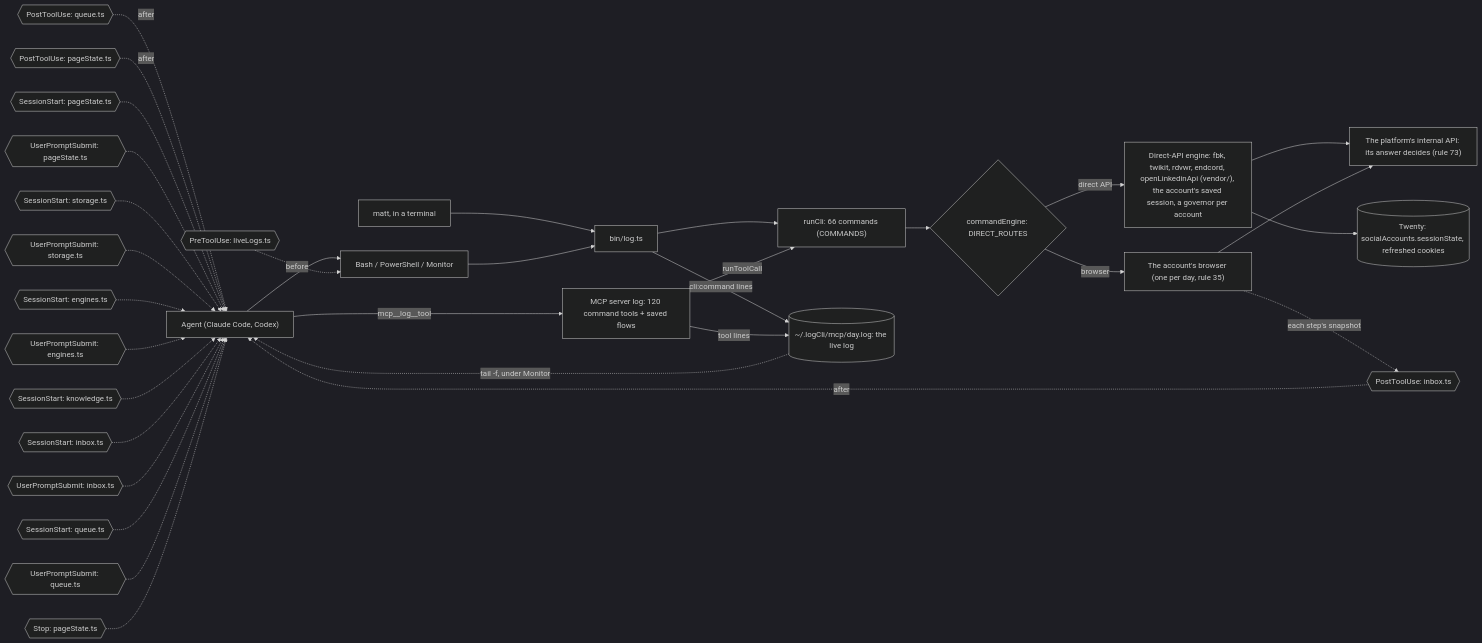
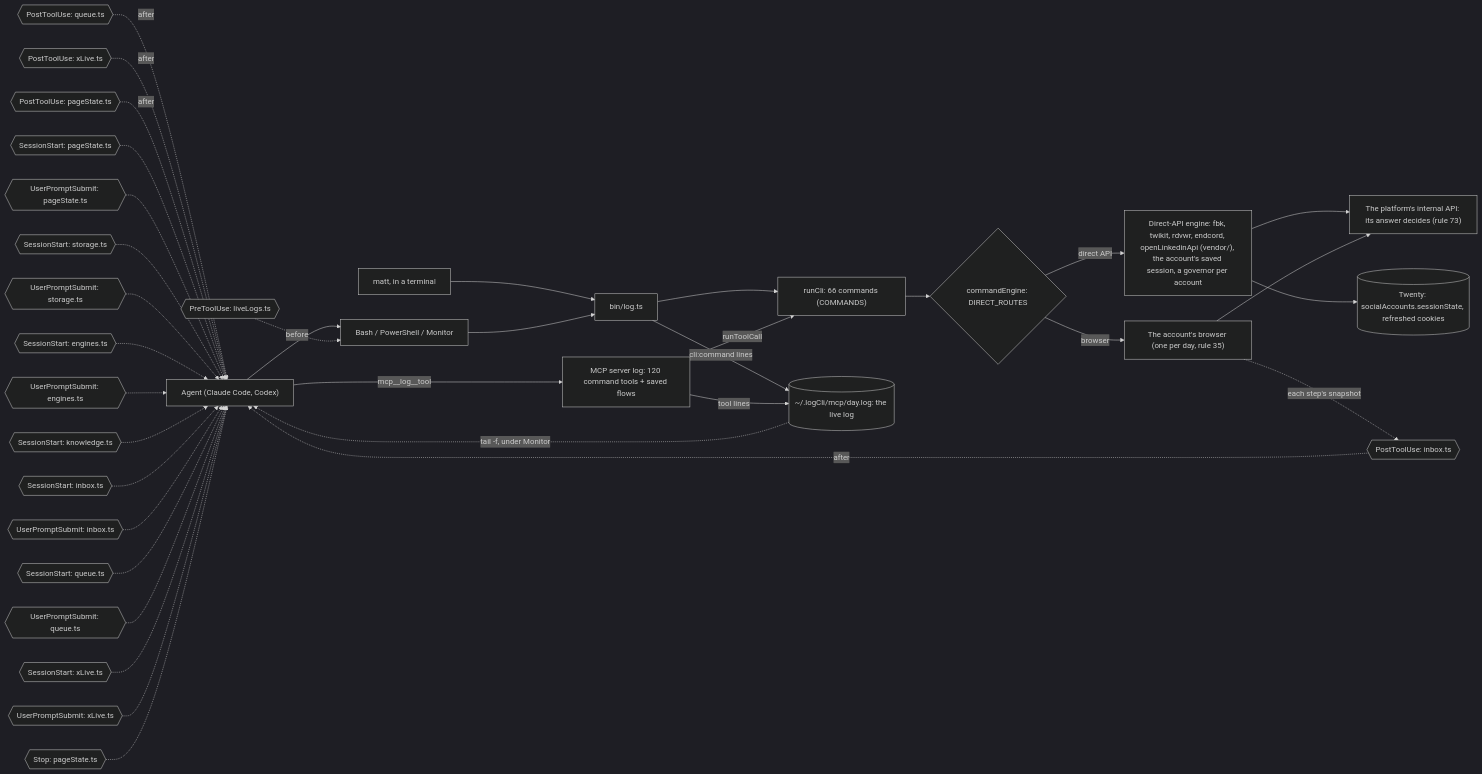
Before and after one commit to matthewdonsemail-lab/log: the diagram in docs/diagrams/surface.mmd, drawn with Mermaid (dark theme). The commit also changed 25 other files, not shown here.

First line of the commit message:
feat: X's live client state reaches each Claude session through a hook (rule 115)

```diff
--- a/docs/diagrams/surface.mmd
+++ b/docs/diagrams/surface.mmd
@@ -1,47 +1,50 @@
 %% How a call reaches log-cli. From a shell or over MCP, both run the same commands through `runCli`, write the same live log, and pass through the same hooks. `commandEngine` sends each command to the platform's direct API or to the account's browser.
 %% Written by `bun run docs:build` from the code (rule 56). Not edited by hand.
 flowchart LR
   agent["Agent (Claude Code, Codex)"]
   matt["matt, in a terminal"]
   shell["Bash / PowerShell / Monitor"]
   mcp["MCP server log: 120 command tools + saved flows"]
   bin["bin/log.ts"]
   runCli["runCli: 66 commands (COMMANDS)"]
   live[("~/.logCli/mcp/day.log: the live log")]
   engine{"commandEngine: DIRECT_ROUTES"}
   direct["Direct-API engine: fbk, twikit, rdvwr, endcord, openLinkedinApi (vendor/), the account's saved session, a governor per account"]
   browser["The account's browser (one per day, rule 35)"]
   api["The platform's internal API: its answer decides (rule 73)"]
   twenty[("Twenty: socialAccounts.sessionState, refreshed cookies")]
   agent --> shell
   matt --> bin
   shell --> bin
   agent -->|mcp__log__tool| mcp
   bin --> runCli
   mcp -->|runToolCall| runCli
   runCli --> engine
   engine -->|direct API| direct
   engine -->|browser| browser
   direct --> api
   browser --> api
   direct --> twenty
   bin -->|cli:command lines| live
   mcp -->|tool lines| live
   live -.->|tail -f, under Monitor| agent
   pre0{{"PreToolUse: liveLogs.ts"}} -.->|before| shell
   post0{{"PostToolUse: inbox.ts"}} -.->|after| agent
   post1{{"PostToolUse: queue.ts"}} -.->|after| agent
-  post2{{"PostToolUse: pageState.ts"}} -.->|after| agent
+  post2{{"PostToolUse: xLive.ts"}} -.->|after| agent
+  post3{{"PostToolUse: pageState.ts"}} -.->|after| agent
   turn0{{"SessionStart: pageState.ts"}} -.-> agent
   turn1{{"UserPromptSubmit: pageState.ts"}} -.-> agent
   turn2{{"SessionStart: storage.ts"}} -.-> agent
   turn3{{"UserPromptSubmit: storage.ts"}} -.-> agent
   turn4{{"SessionStart: engines.ts"}} -.-> agent
   turn5{{"UserPromptSubmit: engines.ts"}} -.-> agent
   turn6{{"SessionStart: knowledge.ts"}} -.-> agent
   turn7{{"SessionStart: inbox.ts"}} -.-> agent
   turn8{{"UserPromptSubmit: inbox.ts"}} -.-> agent
   turn9{{"SessionStart: queue.ts"}} -.-> agent
   turn10{{"UserPromptSubmit: queue.ts"}} -.-> agent
-  turn11{{"Stop: pageState.ts"}} -.-> agent
+  turn11{{"SessionStart: xLive.ts"}} -.-> agent
+  turn12{{"UserPromptSubmit: xLive.ts"}} -.-> agent
+  turn13{{"Stop: pageState.ts"}} -.-> agent
   browser -.->|each step's snapshot| post0
```
